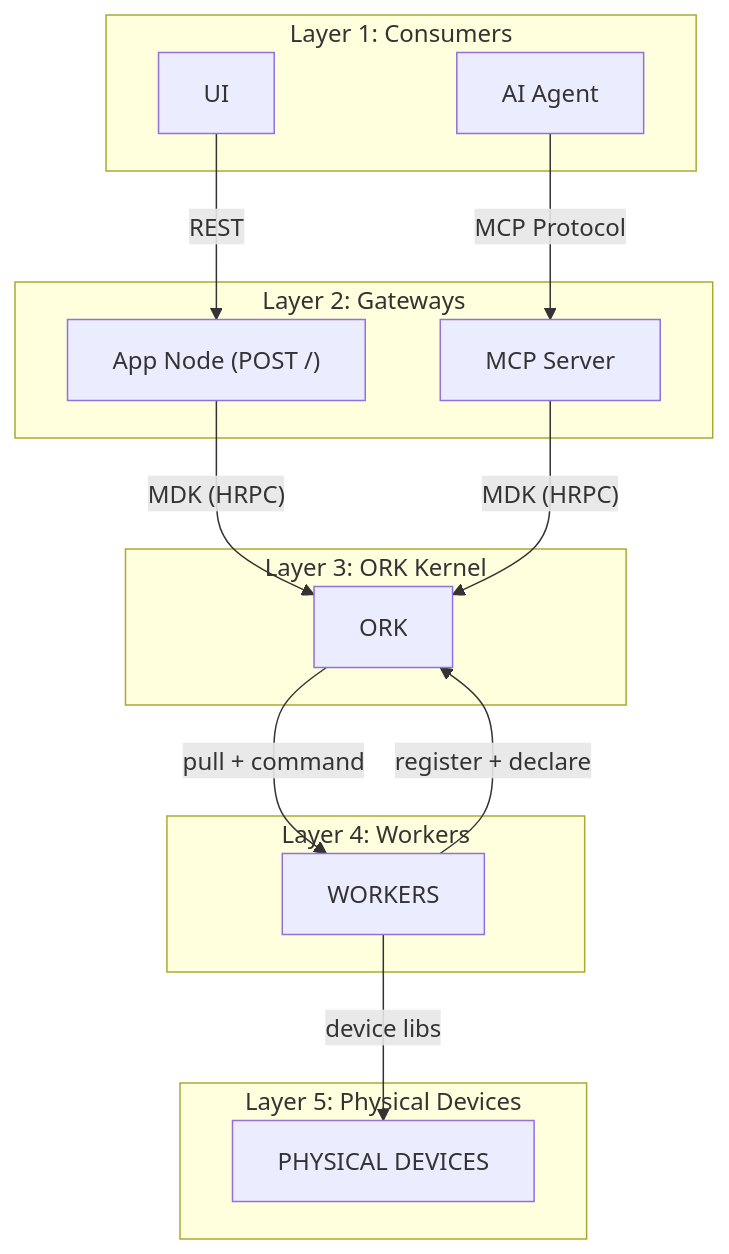
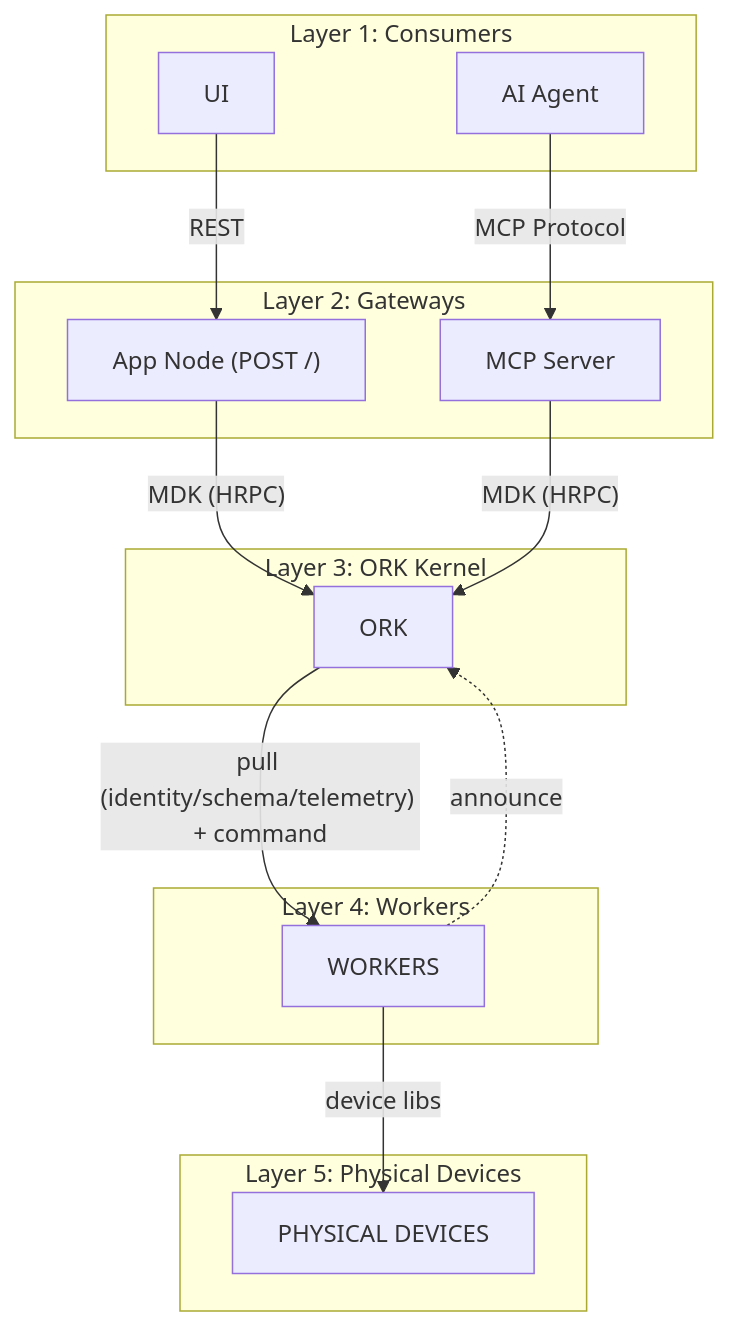
One commit to Gio-Galt/mdk-be changed the first of 13 diagrams in docs/hld.md. Above: the diagram before and after it, drawn with Mermaid. The commit also changed other lines of this file and 1 other file, not shown here.

````diff
--- a/docs/hld.md
+++ b/docs/hld.md
@@ -29,32 +29,32 @@
 ```mermaid
 graph TB
     subgraph L1["Layer 1: Consumers"]
         UI["UI"]
         AI["AI Agent"]
     end
 
     subgraph L2["Layer 2: Gateways"]
         Route1["App Node (POST /)"]
         MCPServer["MCP Server"]
     end
 
     subgraph L3["Layer 3: ORK Kernel"]
         ORK["ORK"]
     end
 
     subgraph L4["Layer 4: Workers"]
         Workers["WORKERS"]
     end
 
     subgraph L5["Layer 5: Physical Devices"]
         Devices["PHYSICAL DEVICES"]
     end
 
     UI -->|"REST"| Route1
     AI -->|"MCP Protocol"| MCPServer
     Route1 -->|"MDK (HRPC)"| ORK
     MCPServer -->|"MDK (HRPC)"| ORK
-    Workers -->|"register + declare"| ORK
-    ORK -->|"pull + command"| Workers
+    Workers -.->|"announce"| ORK
+    ORK -->|"pull (identity/schema/telemetry) + command"| Workers
     Workers -->|"device libs"| Devices
 ```
````
